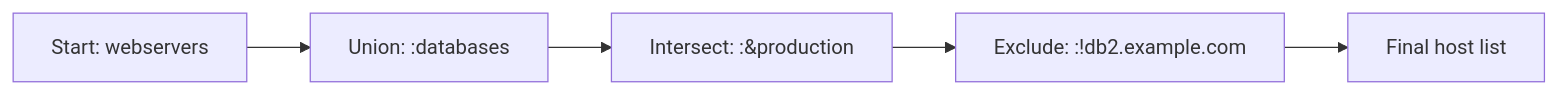
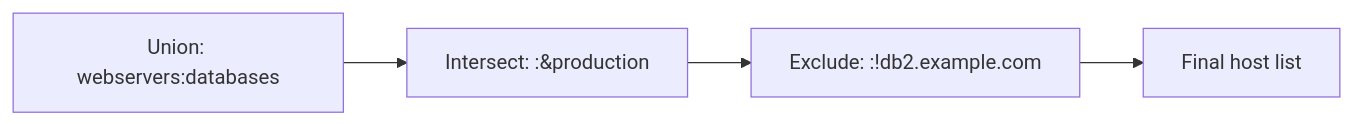
The diagram in posts/2026-02-21-how-to-use-ansible-inventory-patterns-to-target-specific-hosts/README.md (OneUptime/blog), drawn with Mermaid before and after one commit. The commit also changed other lines of this file and 2 other files, not shown here.

````diff
--- a/posts/2026-02-21-how-to-use-ansible-inventory-patterns-to-target-specific-hosts/README.md
+++ b/posts/2026-02-21-how-to-use-ansible-inventory-patterns-to-target-specific-hosts/README.md
@@ -158,7 +159,6 @@
 ```mermaid
 graph LR
-    A["Start: webservers"] --> B["Union: :databases"]
-    B --> C["Intersect: :&production"]
-    C --> D["Exclude: :!db2.example.com"]
-    D --> E["Final host list"]
+    A["Union: webservers:databases"] --> B["Intersect: :&production"]
+    B --> C["Exclude: :!db2.example.com"]
+    C --> D["Final host list"]
 ```
````
